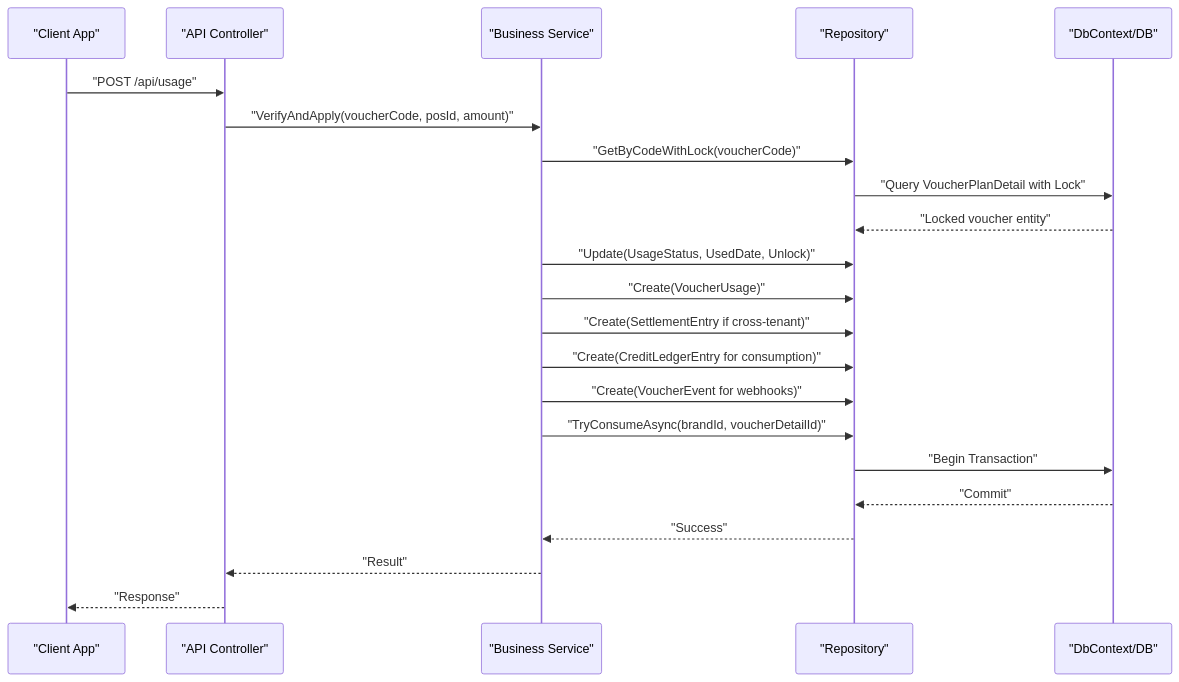
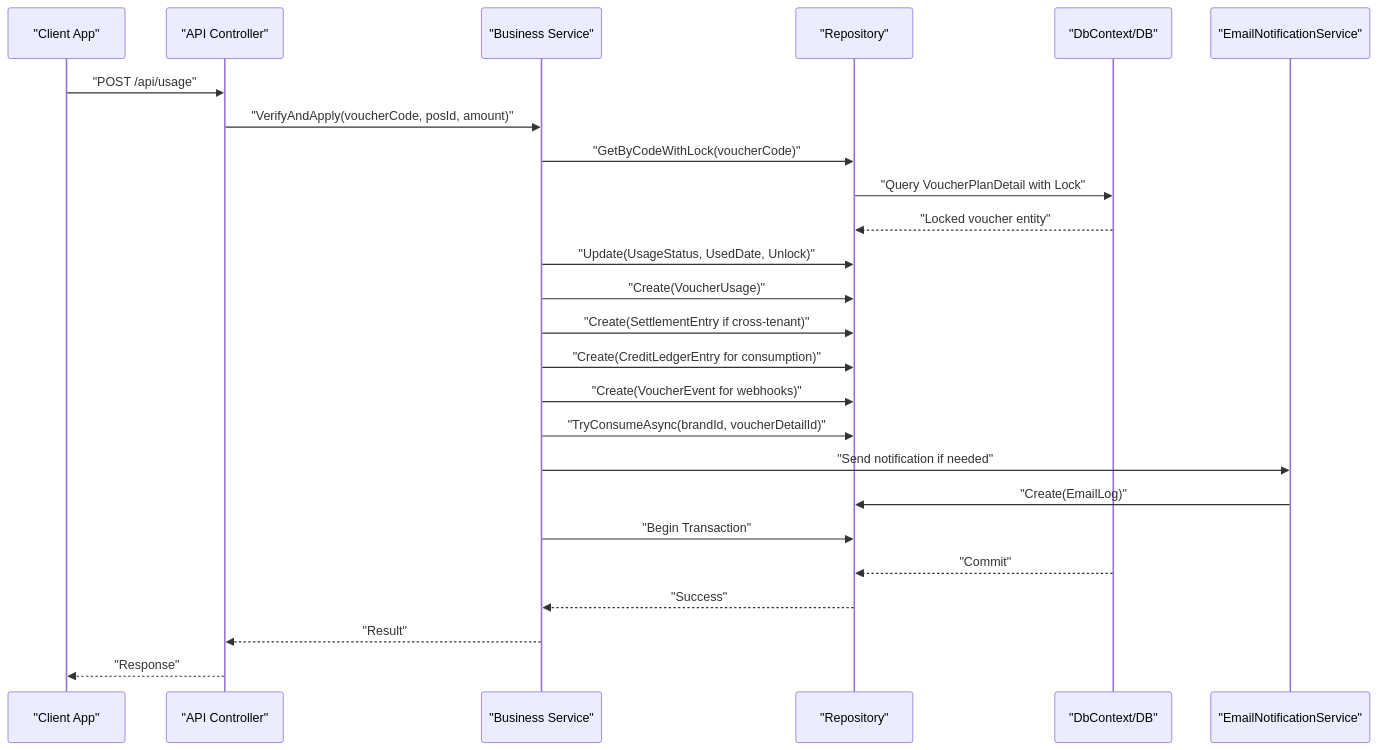
Before and after one commit to lamhongbac/NonCash: the fourth of 5 diagrams in .qoder/repowiki/en/content/Data Models and Database Design/Data Models and Database Design.md, drawn with Mermaid. The commit also changed other lines of this file and 36 other files, not shown here.

````diff
--- a/.qoder/repowiki/en/content/Data Models and Database Design/Data Models and Database Design.md
+++ b/.qoder/repowiki/en/content/Data Models and Database Design/Data Models and Database Design.md
@@ -949,24 +1028,27 @@
 ```mermaid
 sequenceDiagram
 participant Client as "Client App"
 participant API as "API Controller"
 participant Service as "Business Service"
 participant Repo as "Repository"
 participant DB as "DbContext/DB"
+participant EmailSvc as "EmailNotificationService"
 Client->>API : "POST /api/usage"
 API->>Service : "VerifyAndApply(voucherCode, posId, amount)"
 Service->>Repo : "GetByCodeWithLock(voucherCode)"
 Repo->>DB : "Query VoucherPlanDetail with Lock"
 DB-->>Repo : "Locked voucher entity"
 Service->>Repo : "Update(UsageStatus, UsedDate, Unlock)"
 Service->>Repo : "Create(VoucherUsage)"
 Service->>Repo : "Create(SettlementEntry if cross-tenant)"
 Service->>Repo : "Create(CreditLedgerEntry for consumption)"
 Service->>Repo : "Create(VoucherEvent for webhooks)"
 Service->>Repo : "TryConsumeAsync(brandId, voucherDetailId)"
-Repo->>DB : "Begin Transaction"
+Service->>EmailSvc : "Send notification if needed"
+EmailSvc->>Repo : "Create(EmailLog)"
+Service->>Repo : "Begin Transaction"
 DB-->>Repo : "Commit"
 Repo-->>Service : "Success"
 Service-->>API : "Result"
 API-->>Client : "Response"
 ```
````
